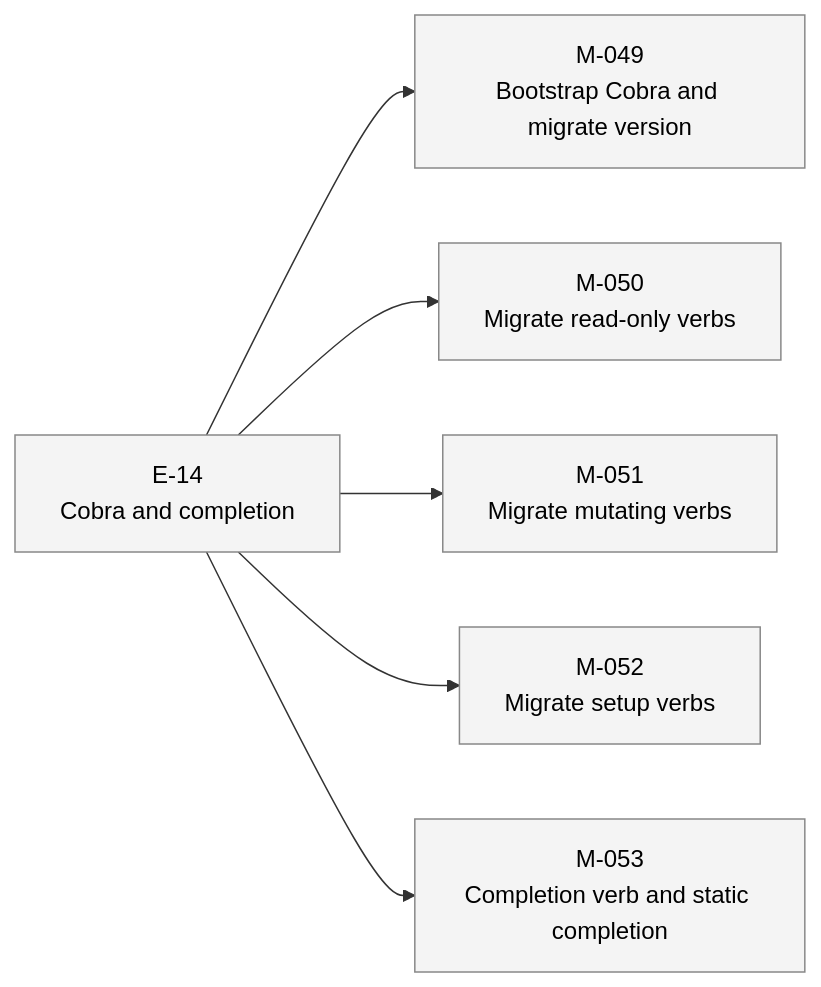
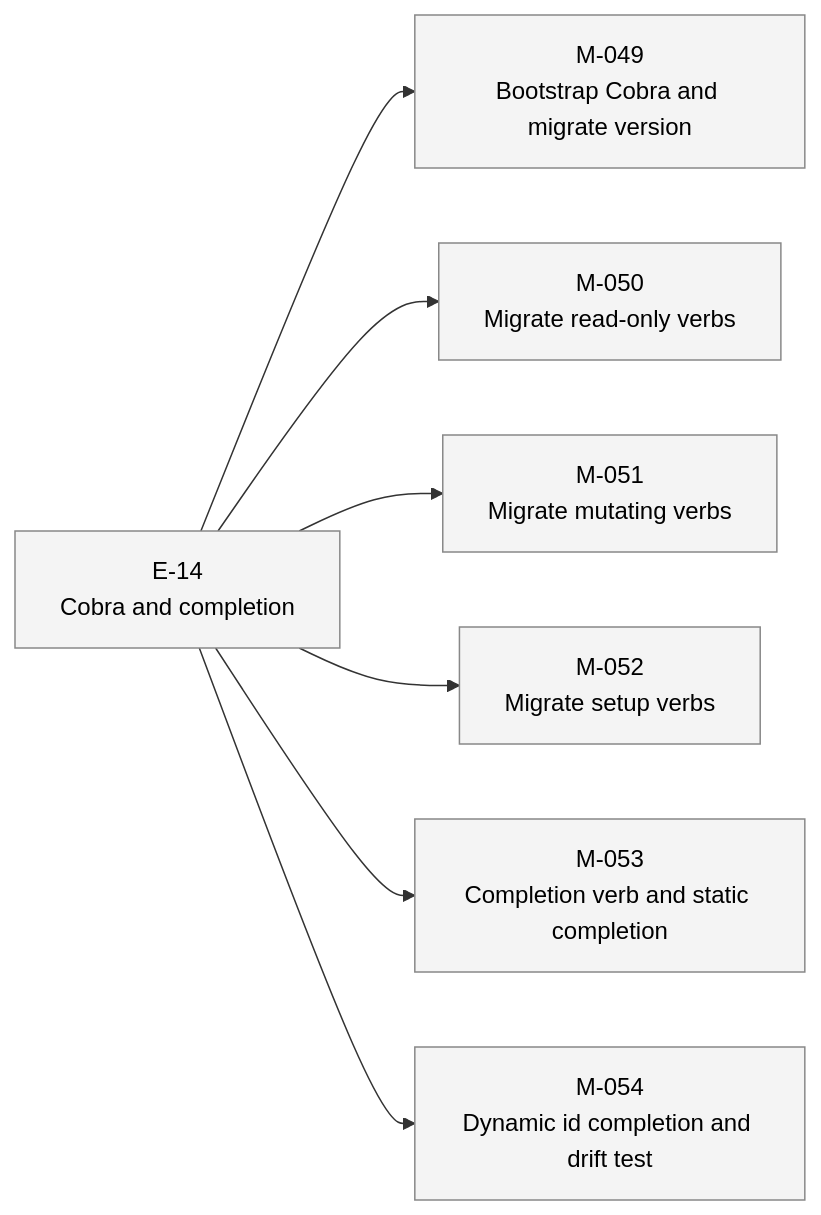
The second of 2 diagrams in STATUS.md (23min/aiwf), drawn with Mermaid before and after one commit. The commit also changed other lines of this file and 1 other file, not shown here.

First line of the commit message:
aiwf add milestone M-054 "Dynamic id completion and drift test"

````diff
--- a/STATUS.md
+++ b/STATUS.md
@@ -36,20 +37,22 @@
 ```mermaid
 flowchart LR
   E_14["E-14<br/>Cobra and completion"]:::epic_proposed
   M_049["M-049<br/>Bootstrap Cobra and migrate version"]:::ms_draft
   E_14 --> M_049
   M_050["M-050<br/>Migrate read-only verbs"]:::ms_draft
   E_14 --> M_050
   M_051["M-051<br/>Migrate mutating verbs"]:::ms_draft
   E_14 --> M_051
   M_052["M-052<br/>Migrate setup verbs"]:::ms_draft
   E_14 --> M_052
   M_053["M-053<br/>Completion verb and static completion"]:::ms_draft
   E_14 --> M_053
+  M_054["M-054<br/>Dynamic id completion and drift test"]:::ms_draft
+  E_14 --> M_054
   classDef epic_active fill:#d6eaff,stroke:#1a73e8,color:#000
   classDef epic_proposed fill:#f4f4f4,stroke:#888,color:#000
   classDef ms_done fill:#d8f5d8,stroke:#2a8a2a,color:#000
   classDef ms_in_progress fill:#fff3c4,stroke:#caa400,color:#000
   classDef ms_draft fill:#f4f4f4,stroke:#888,color:#000
   classDef ms_cancelled fill:#fbeaea,stroke:#c33,color:#000
 ```
````
